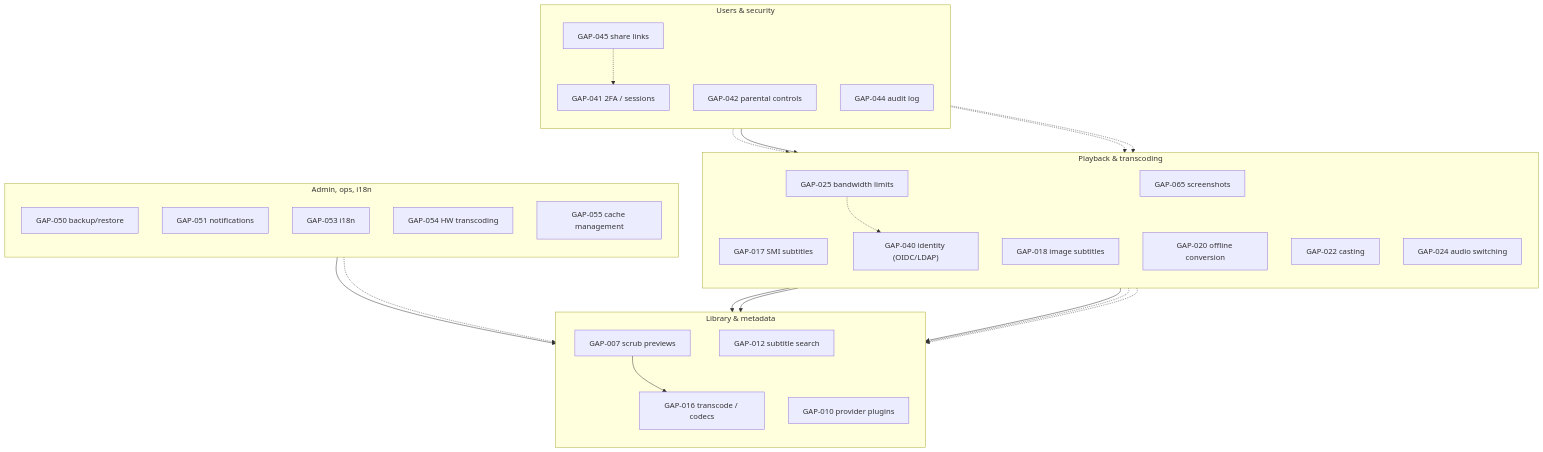
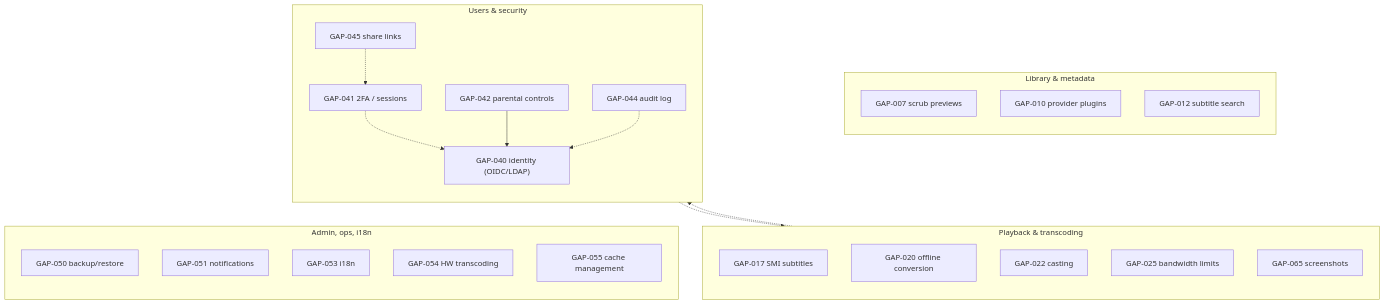
One commit to liyu1981/my-videostation changed the diagram in docs/GAPS.md. Above: the diagram before and after it, drawn with Mermaid. The commit also changed other lines of this file, not shown here.

First line of the commit message:
docs(gaps): reflect closed GAP-016 in the dependency map and summary

````diff
--- a/docs/GAPS.md
+++ b/docs/GAPS.md
@@ -88,63 +94,50 @@
 ```mermaid
 flowchart TB
   subgraph Library["Library & metadata"]
     direction TB
     G7["GAP-007 scrub previews"]
     G10["GAP-010 provider plugins"]
     G12["GAP-012 subtitle search"]
-
-    G7 --> G16
   end
 
   subgraph Playback["Playback & transcoding"]
     direction TB
-    G16["GAP-016 transcode / codecs"]
     G17["GAP-017 SMI subtitles"]
-    G18["GAP-018 image subtitles"]
     G20["GAP-020 offline conversion"]
     G22["GAP-022 casting"]
-    G24["GAP-024 audio switching"]
     G25["GAP-025 bandwidth limits"]
     G65["GAP-065 screenshots"]
-
-    G18 --> G16
-    G20 --> G16
-    G24 --> G16
-    G22 -.-> G16
-    G65 -.-> G16
-    G25 -.-> G40
   end
 
   subgraph Users["Users & security"]
     direction TB
     G40["GAP-040 identity (OIDC/LDAP)"]
     G41["GAP-041 2FA / sessions"]
     G42["GAP-042 parental controls"]
     G44["GAP-044 audit log"]
     G45["GAP-045 share links"]
 
     G41 -.-> G40
     G42 --> G40
     G44 -.-> G40
     G45 -.-> G41
     G45 -.-> G25
   end
 
   subgraph Ops["Admin, ops, i18n"]
     direction TB
     G50["GAP-050 backup/restore"]
     G51["GAP-051 notifications"]
     G53["GAP-053 i18n"]
     G54["GAP-054 HW transcoding"]
     G55["GAP-055 cache management"]
-
-    G54 --> G16
-    G55 -.-> G16
   end
 
+  %% cross-cluster edges declared after all nodes exist
+  G25 -.-> G40
+
   %% layout-only links keep the clusters stacked
-  G12 ~~~ G16
+  G12 ~~~ G17
   G65 ~~~ G40
   G45 ~~~ G50
-  G55 ~~~ G16
 ```
````
